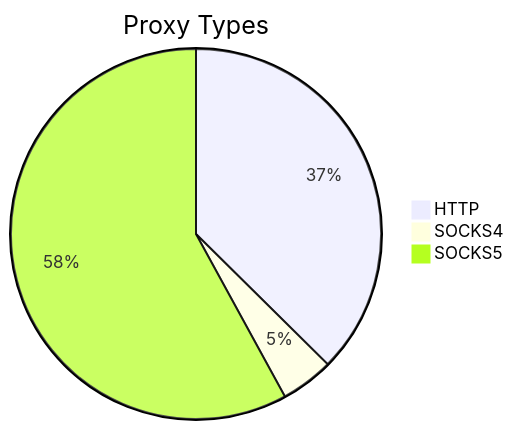
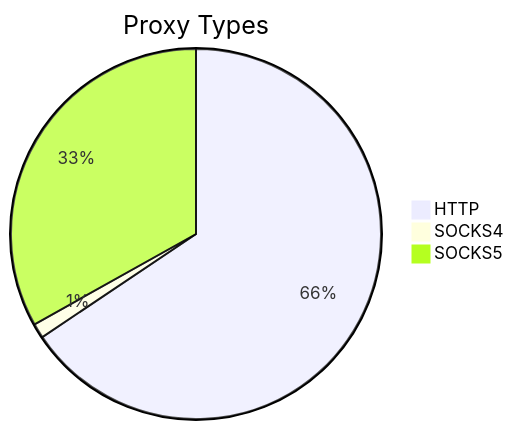
One commit to stormsia/proxy-list changed the first of 2 diagrams in README.md. Above: the diagram before and after it, drawn with Mermaid. The commit also changed other lines of this file, not shown here.

````diff
--- a/README.md
+++ b/README.md
@@ -21,6 +21,6 @@
 ```mermaid
 pie title Proxy Types
-    "HTTP" : 162
-    "SOCKS4" : 20
-    "SOCKS5" : 251
+    "HTTP" : 204
+    "SOCKS4" : 4
+    "SOCKS5" : 103
 ```
````
